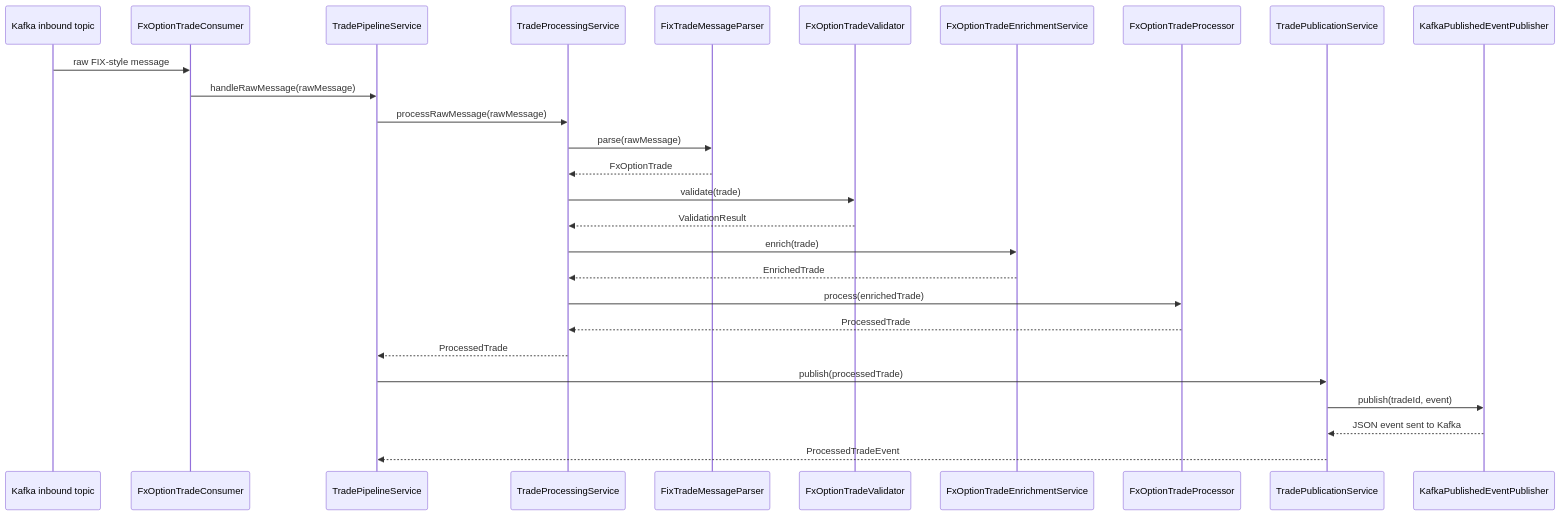
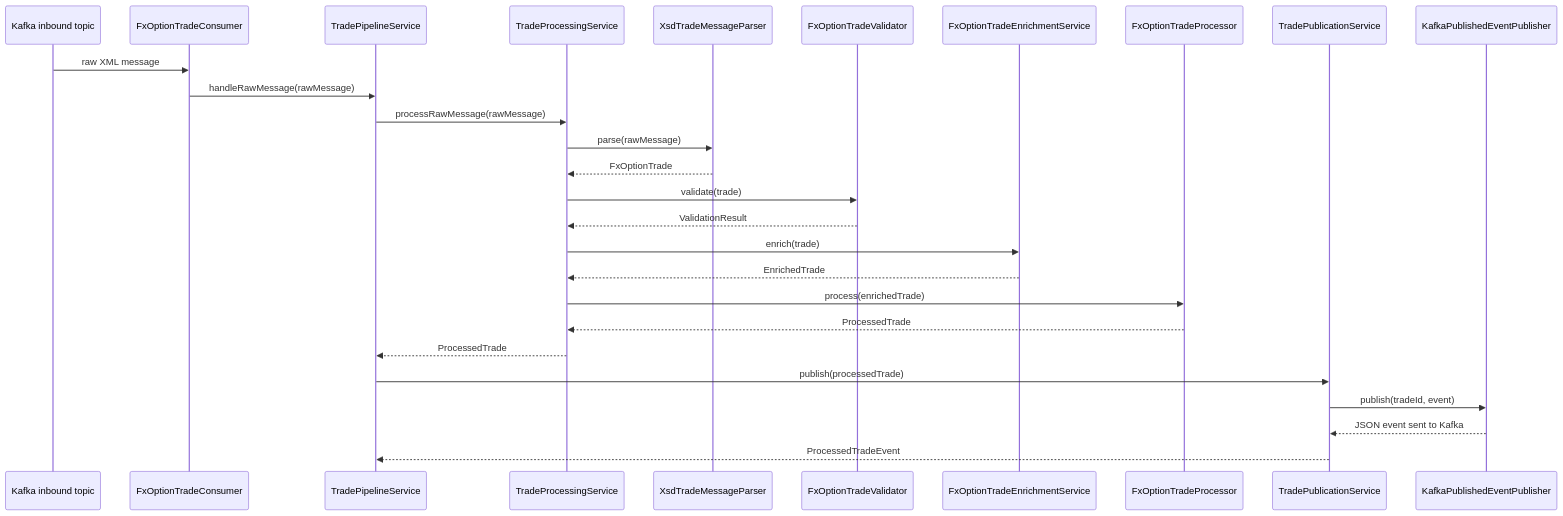
The diagram in README.md (reyhanehgit/post-trade-processing), drawn with Mermaid before and after one commit. The commit also changed other lines of this file and 2 other files, not shown here.

````diff
--- a/README.md
+++ b/README.md
@@ -159,30 +161,30 @@
 ```mermaid
 sequenceDiagram
 	participant K as Kafka inbound topic
 	participant C as FxOptionTradeConsumer
 	participant P as TradePipelineService
 	participant TPS as TradeProcessingService
-	participant FP as FixTradeMessageParser
+	participant FP as XsdTradeMessageParser
 	participant V as FxOptionTradeValidator
 	participant E as FxOptionTradeEnrichmentService
 	participant X as FxOptionTradeProcessor
 	participant PUB as TradePublicationService
 	participant KP as KafkaPublishedEventPublisher
 
-	K->>C: raw FIX-style message
+	K->>C: raw XML message
 	C->>P: handleRawMessage(rawMessage)
 	P->>TPS: processRawMessage(rawMessage)
 	TPS->>FP: parse(rawMessage)
 	FP-->>TPS: FxOptionTrade
 	TPS->>V: validate(trade)
 	V-->>TPS: ValidationResult
 	TPS->>E: enrich(trade)
 	E-->>TPS: EnrichedTrade
 	TPS->>X: process(enrichedTrade)
 	X-->>TPS: ProcessedTrade
 	TPS-->>P: ProcessedTrade
 	P->>PUB: publish(processedTrade)
 	PUB->>KP: publish(tradeId, event)
 	KP-->>PUB: JSON event sent to Kafka
 	PUB-->>P: ProcessedTradeEvent
 ```
````
